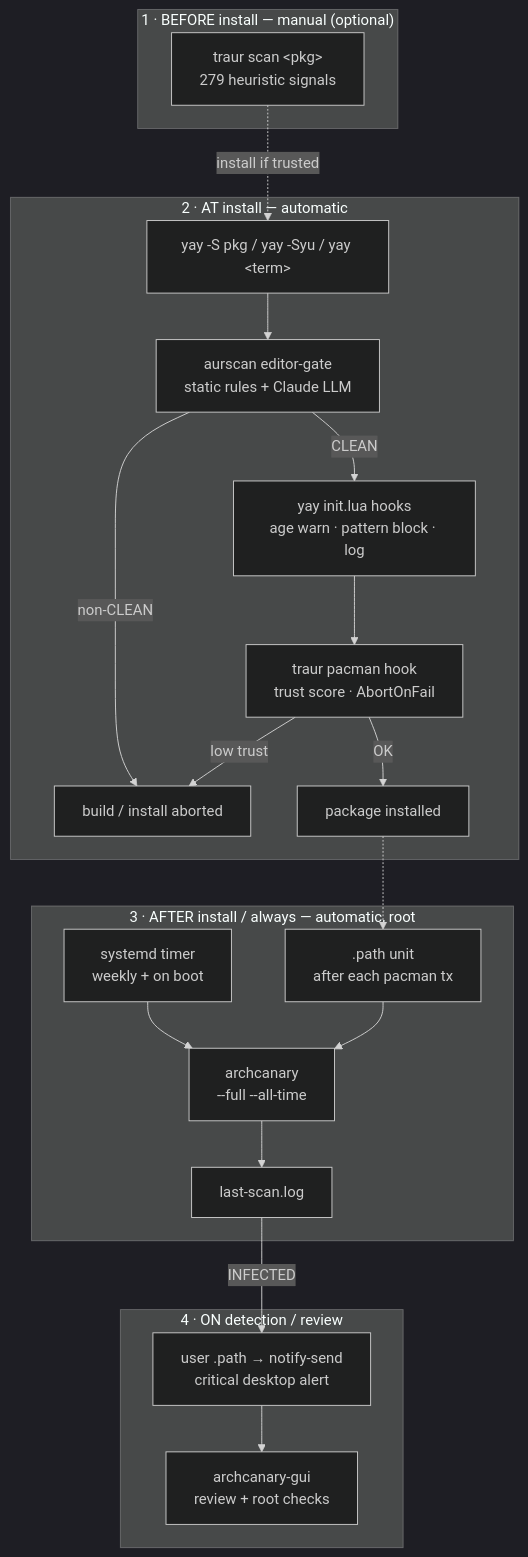
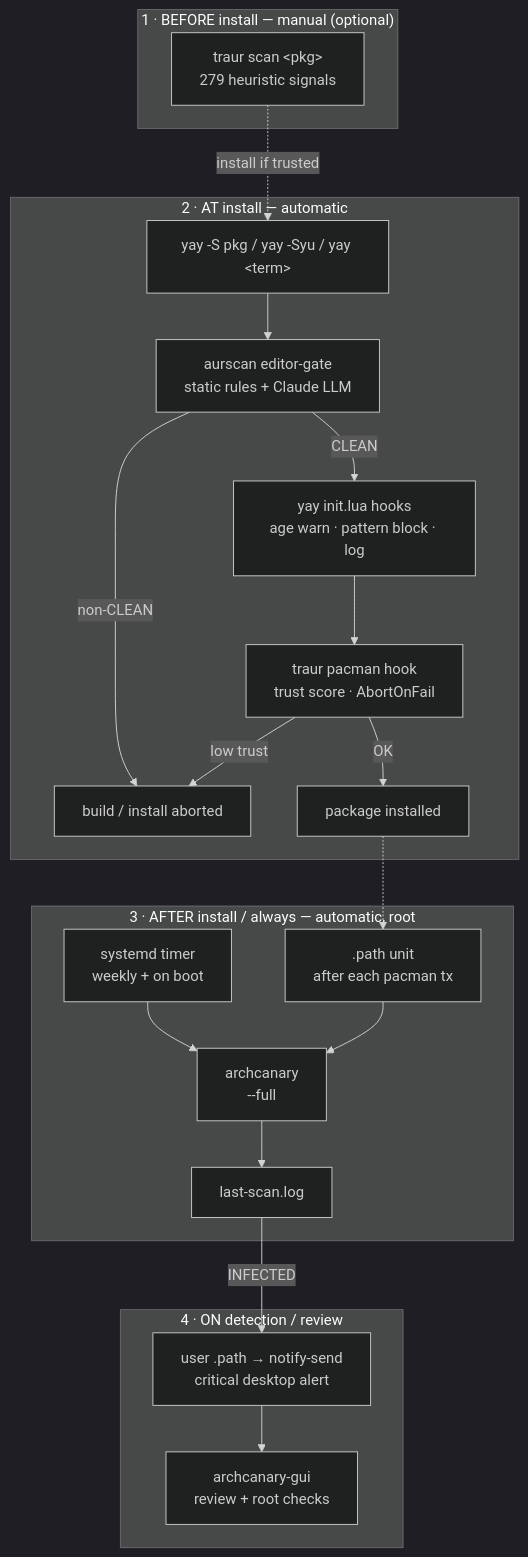
One commit to musqz/archcanary changed the diagram in docs/overview.md. Above: the diagram before and after it, drawn with Mermaid (dark theme). The commit also changed 9 other files, not shown here.

First line of the commit message:
refactor: remove --all-time flag entirely (#27)

````diff
--- a/docs/overview.md
+++ b/docs/overview.md
@@ -10,29 +10,29 @@
 ```mermaid
 flowchart TD
     subgraph PRE["1 · BEFORE install — manual (optional)"]
         T["traur scan &lt;pkg&gt;<br/>279 heuristic signals"]
     end
 
     subgraph AT["2 · AT install — automatic"]
         U["yay -S pkg / yay -Syu / yay &lt;term&gt;"] --> GATE["aurscan editor-gate<br/>static rules + Claude LLM"]
         GATE -->|non-CLEAN| AB["build / install aborted"]
         GATE -->|CLEAN| LUA["yay init.lua hooks<br/>age warn · pattern block · log"]
         LUA --> TH["traur pacman hook<br/>trust score · AbortOnFail"]
         TH -->|low trust| AB
         TH -->|OK| OK["package installed"]
     end
 
     subgraph AFTER["3 · AFTER install / always — automatic, root"]
-        TIM["systemd timer<br/>weekly + on boot"] --> SCAN["archcanary<br/>--full --all-time"]
+        TIM["systemd timer<br/>weekly + on boot"] --> SCAN["archcanary<br/>--full"]
         PTH[".path unit<br/>after each pacman tx"] --> SCAN
         SCAN --> LOG["last-scan.log"]
     end
 
     subgraph ALERT["4 · ON detection / review"]
         LOG -->|INFECTED| NOT["user .path → notify-send<br/>critical desktop alert"]
         NOT --> GUI["archcanary-gui<br/>review + root checks"]
     end
 
     T -.->|install if trusted| U
     OK -.-> PTH
 ```
````
